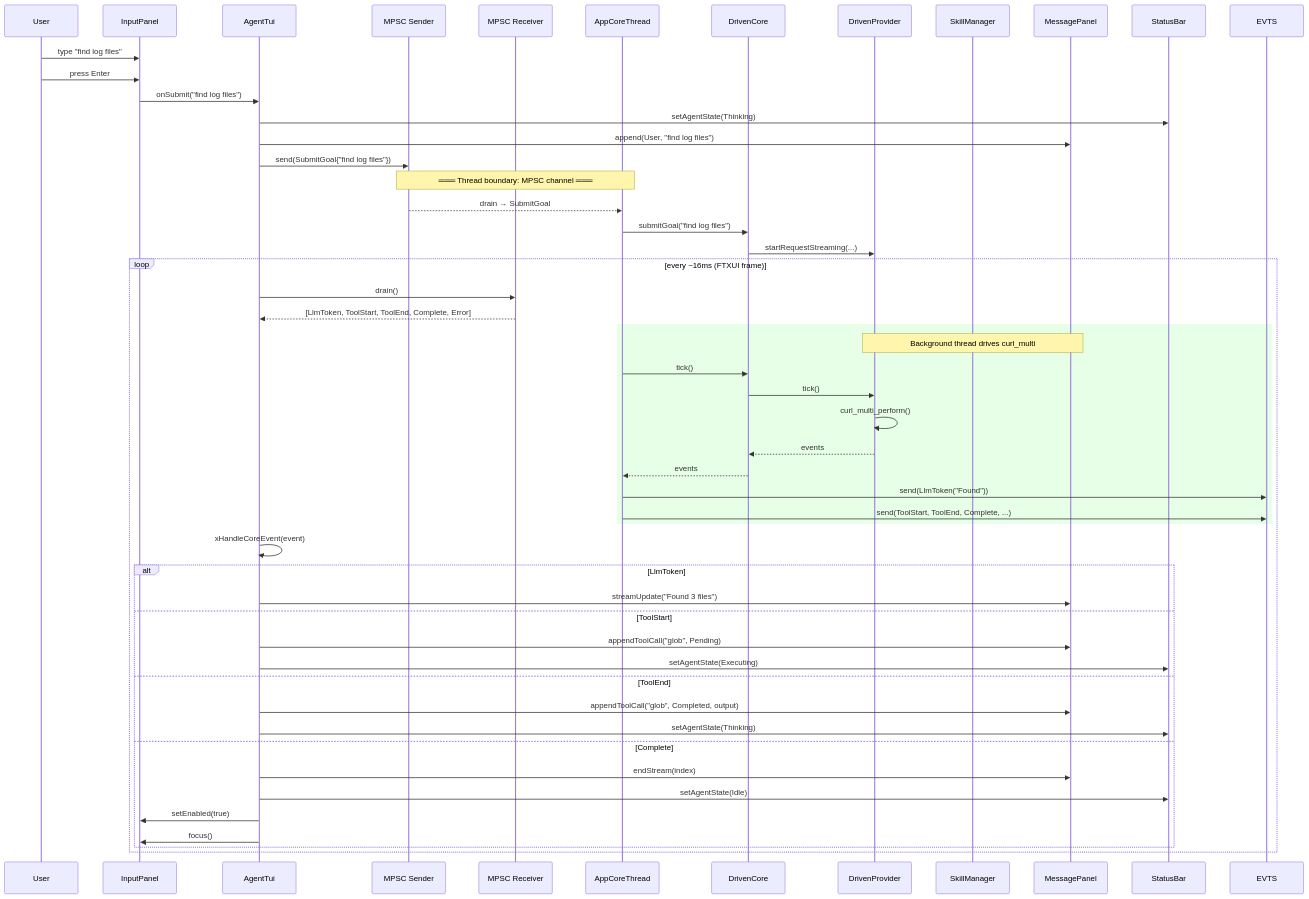
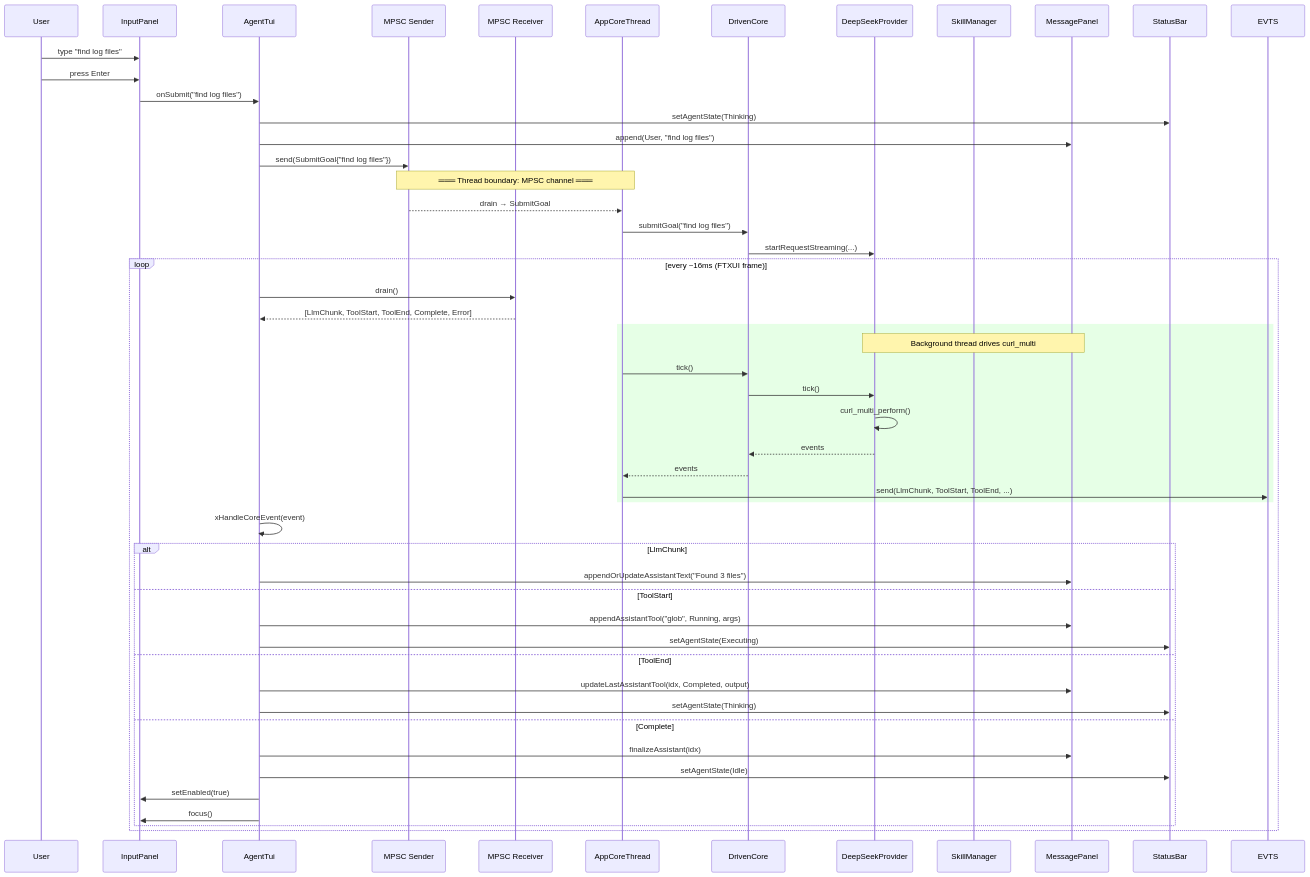
One commit to opensassi/a0 changed the second of 6 diagrams in src/tui/technical-specification.md. Above: the diagram before and after it, drawn with Mermaid. The commit also changed other lines of this file and 165 other files, not shown here.

````diff
--- a/src/tui/technical-specification.md
+++ b/src/tui/technical-specification.md
@@ -585,60 +625,59 @@
 ```mermaid
 sequenceDiagram
     participant User
     participant IP as InputPanel
     participant AT as AgentTui
     participant CMD as MPSC Sender
     participant EVT as MPSC Receiver
     participant ACT as AppCoreThread
     participant DC as DrivenCore
-    participant DP as DrivenProvider
+    participant DP as DeepSeekProvider
     participant SK as SkillManager
     participant MP as MessagePanel
     participant SB as StatusBar
 
     User->>IP: type "find log files"
     User->>IP: press Enter
     IP->>AT: onSubmit("find log files")
     AT->>SB: setAgentState(Thinking)
     AT->>MP: append(User, "find log files")
     AT->>CMD: send(SubmitGoal{"find log files"})
 
     Note over CMD,ACT: ═══ Thread boundary: MPSC channel ═══
 
     CMD-->>ACT: drain → SubmitGoal
     ACT->>DC: submitGoal("find log files")
     DC->>DP: startRequestStreaming(...)
 
     loop every ~16ms (FTXUI frame)
         AT->>EVT: drain()
-        EVT-->>AT: [LlmToken, ToolStart, ToolEnd, Complete, Error]
+        EVT-->>AT: [LlmChunk, ToolStart, ToolEnd, Complete, Error]
 
         rect rgb(230, 255, 230)
             Note over DP,MP: Background thread drives curl_multi
             ACT->>DC: tick()
             DC->>DP: tick()
             DP->>DP: curl_multi_perform()
             DP-->>DC: events
             DC-->>ACT: events
-            ACT->>EVTS: send(LlmToken("Found"))
-            ACT->>EVTS: send(ToolStart, ToolEnd, Complete, ...)
+            ACT->>EVTS: send(LlmChunk, ToolStart, ToolEnd, ...)
         end
 
         AT->>AT: xHandleCoreEvent(event)
 
-        alt LlmToken
-            AT->>MP: streamUpdate("Found 3 files")
+        alt LlmChunk
+            AT->>MP: appendOrUpdateAssistantText("Found 3 files")
         else ToolStart
-            AT->>MP: appendToolCall("glob", Pending)
+            AT->>MP: appendAssistantTool("glob", Running, args)
             AT->>SB: setAgentState(Executing)
         else ToolEnd
-            AT->>MP: appendToolCall("glob", Completed, output)
+            AT->>MP: updateLastAssistantTool(idx, Completed, output)
             AT->>SB: setAgentState(Thinking)
         else Complete
-            AT->>MP: endStream(index)
+            AT->>MP: finalizeAssistant(idx)
             AT->>SB: setAgentState(Idle)
             AT->>IP: setEnabled(true)
             AT->>IP: focus()
         end
     end
 ```
````
